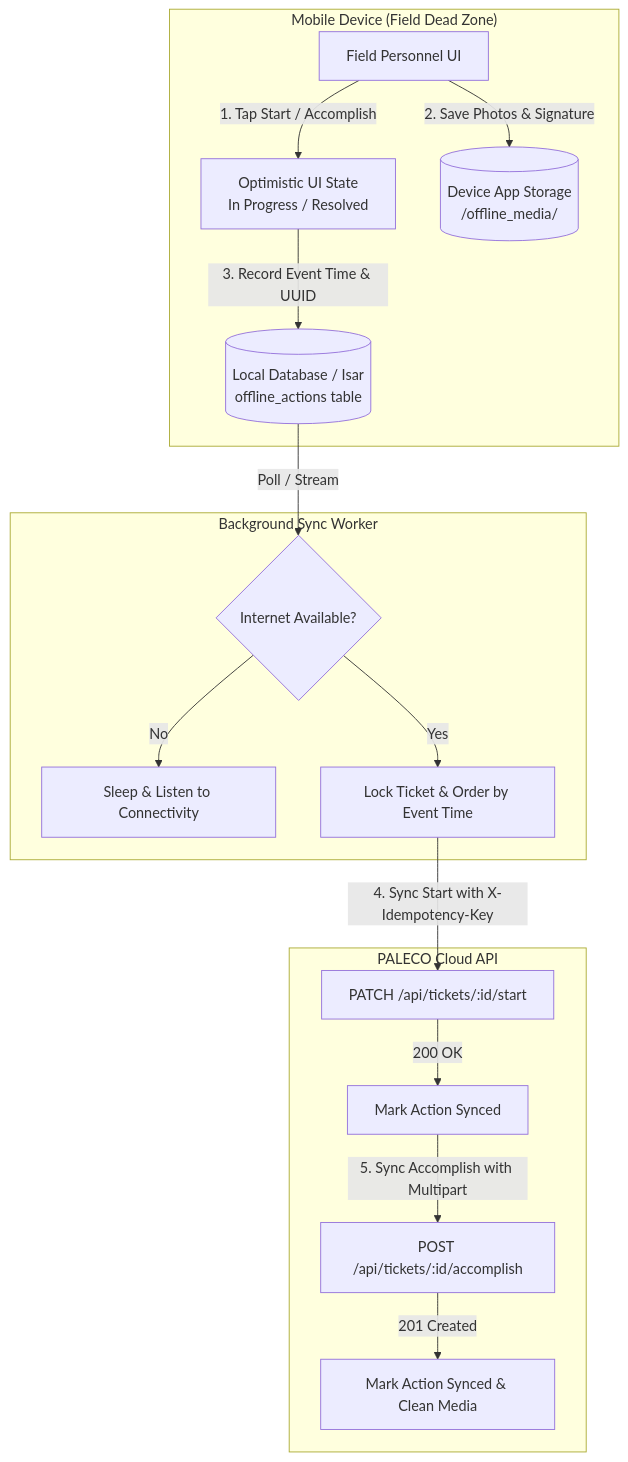
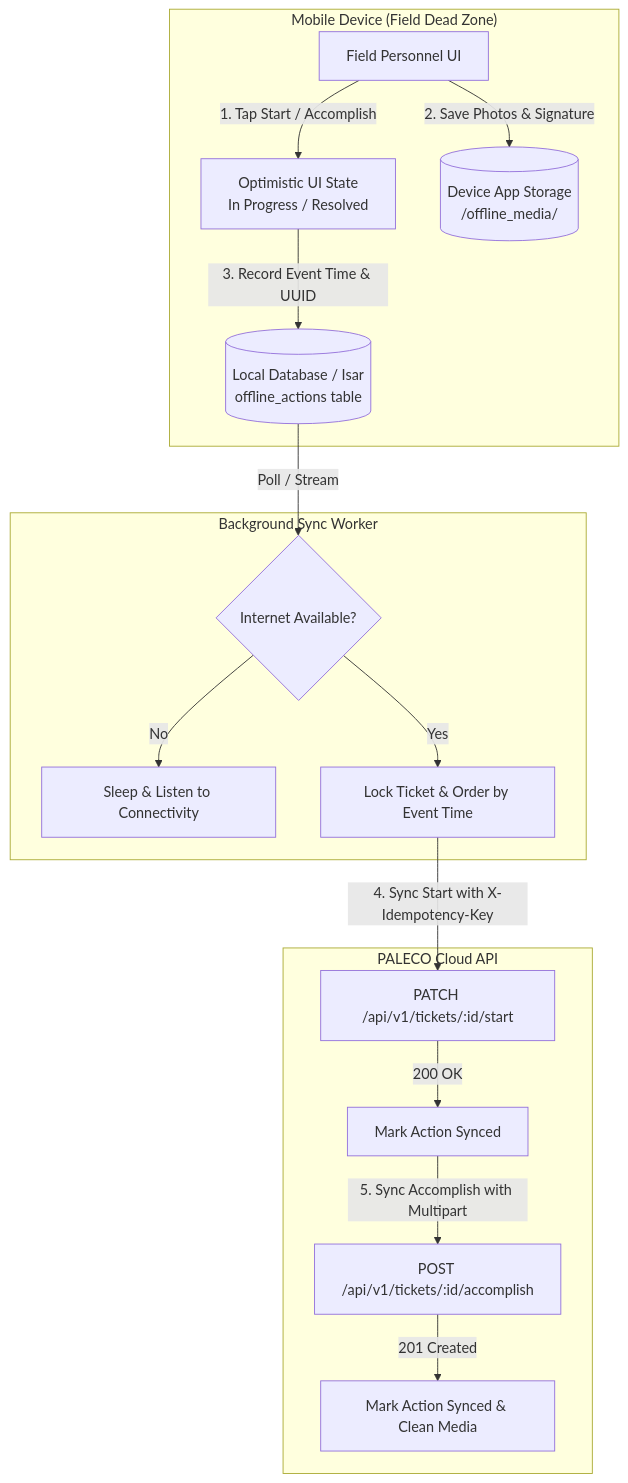
Before and after one commit to FernandezCorporate/-NEW-CRM-PALECO: the diagram in docs/dev/FLUTTER_OFFLINE_SYNC_IMPLEMENTATION_SPEC.md, drawn with Mermaid. The commit also changed other lines of this file and 14 other files, not shown here.

````diff
--- a/docs/dev/FLUTTER_OFFLINE_SYNC_IMPLEMENTATION_SPEC.md
+++ b/docs/dev/FLUTTER_OFFLINE_SYNC_IMPLEMENTATION_SPEC.md
@@ -57,22 +57,22 @@
 ```mermaid
 flowchart TD
     subgraph MobileDevice["Mobile Device (Field Dead Zone)"]
         UI["Field Personnel UI"] -->|"1. Tap Start / Accomplish"| OptState["Optimistic UI State<br/>In Progress / Resolved"]
         UI -->|"2. Save Photos & Signature"| LocalDisk[("Device App Storage<br/>/offline_media/")]
         OptState -->|"3. Record Event Time & UUID"| OutboxDB[("Local Database / Isar<br/>offline_actions table")]
     end
 
     subgraph SyncWorker["Background Sync Worker"]
         NetCheck{"Internet Available?"}
         OutboxDB -->|"Poll / Stream"| NetCheck
         NetCheck -->|"No"| Wait["Sleep & Listen to Connectivity"]
         NetCheck -->|"Yes"| FIFOLock["Lock Ticket & Order by Event Time"]
     end
 
     subgraph CloudAPI["PALECO Cloud API"]
-        FIFOLock -->|"4. Sync Start with X-Idempotency-Key"| ApiStart["PATCH /api/tickets/:id/start"]
+        FIFOLock -->|"4. Sync Start with X-Idempotency-Key"| ApiStart["PATCH /api/v1/tickets/:id/start"]
         ApiStart -->|"200 OK"| OutboxMark1["Mark Action Synced"]
-        OutboxMark1 -->|"5. Sync Accomplish with Multipart"| ApiAcc["POST /api/tickets/:id/accomplish"]
+        OutboxMark1 -->|"5. Sync Accomplish with Multipart"| ApiAcc["POST /api/v1/tickets/:id/accomplish"]
         ApiAcc -->|"201 Created"| OutboxMark2["Mark Action Synced & Clean Media"]
     end
 ```
````
